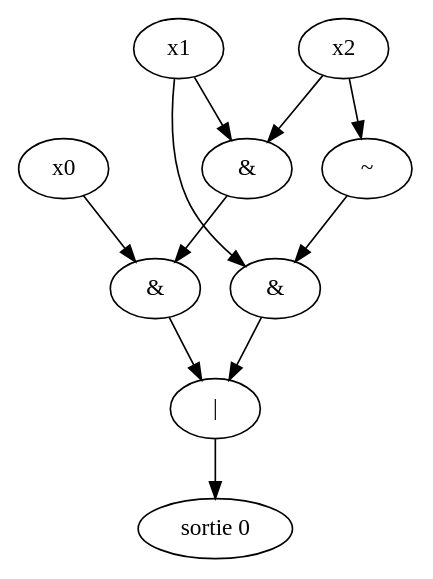
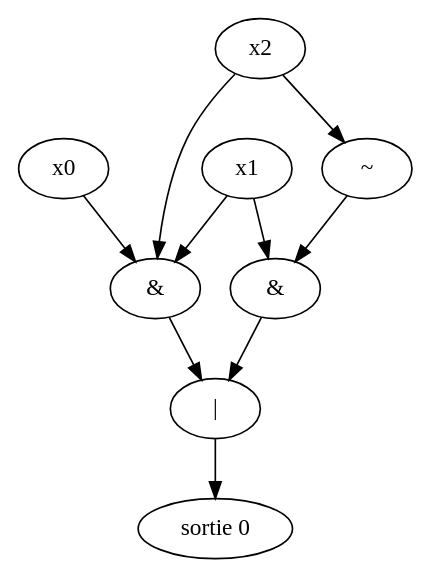
The diagram in tmp2.dot (yadej/graph_project), drawn with Graphviz before and after one commit. The commit also changed 2 other files, not shown here.

```diff
--- a/tmp2.dot
+++ b/tmp2.dot
@@ -1,19 +1,16 @@
 digraph G { 
 v0 [label="sortie 0"]; 
 v1 [label="|"]; 
-v2 [label="&"]; 
 v3 [label="x0"]; 
 v4 [label="&"]; 
 v5 [label="x1"]; 
 v6 [label="x2"]; 
 v7 [label="&"]; 
 v9 [label="~"]; 
 v1 -> v0;
-v2 -> v1;
-v3 -> v2;
-v4 -> v2;
+v3 -> v4 -> v1;
 v5 -> v4;
 v5 -> v7 -> v1;
 v6 -> v4;
 v6 -> v9 -> v7;
 }
```
